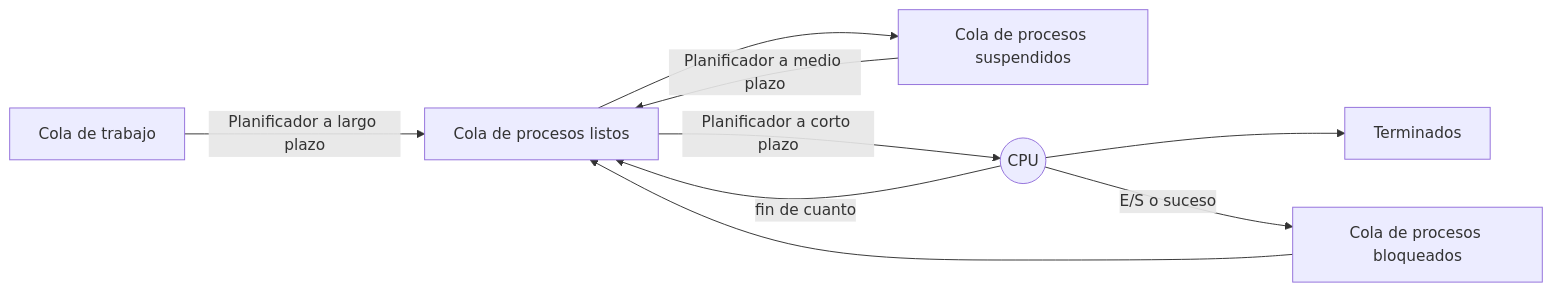
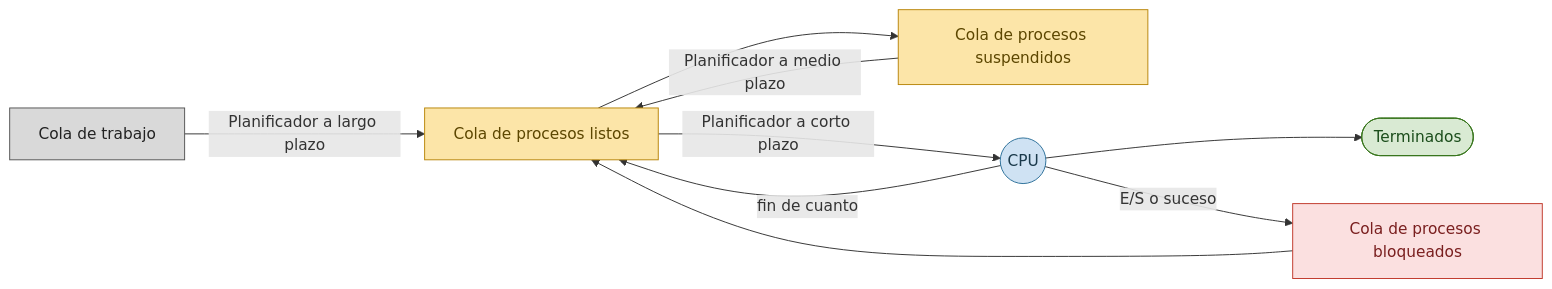
One commit to asiermarzo/ssoo changed the second of 6 diagrams in TEORIA/04-planificacion-de-procesos/README.md. Above: the diagram before and after it, drawn with Mermaid. The commit also changed other lines of this file and 25 other files, not shown here.

Commit message:
refinado de diagramas mermaid y svg

````diff
--- a/TEORIA/04-planificacion-de-procesos/README.md
+++ b/TEORIA/04-planificacion-de-procesos/README.md
@@ -108,11 +120,22 @@
 ```mermaid
 flowchart LR
     CT[Cola de trabajo] -->|Planificador a largo plazo| CPL[Cola de procesos listos]
     CPS[Cola de procesos suspendidos] -->|Planificador a medio plazo| CPL
     CPL -->|Planificador a corto plazo| CPU((CPU))
-    CPU --> T["Terminados"]
+    CPU --> T(["Terminados"])
     CPU -->|fin de cuanto| CPL
     CPU -->|E/S o suceso| CPB[Cola de procesos bloqueados]
     CPB --> CPL
     CPL --> CPS
+
+    classDef externa fill:#d9d9d9,stroke:#555555,color:#222222;
+    classDef espera fill:#fce5a8,stroke:#b8860b,color:#5c4600;
+    classDef bloqueada fill:#fbe0e0,stroke:#c0392b,color:#7a1f1f;
+    classDef cpu fill:#cfe2f3,stroke:#2b6f99,color:#1b3a4b;
+    classDef fin fill:#d9ead3,stroke:#38761d,color:#1b4d1b;
+    class CT externa;
+    class CPL,CPS espera;
+    class CPB bloqueada;
+    class CPU cpu;
+    class T fin;
 ```
````
